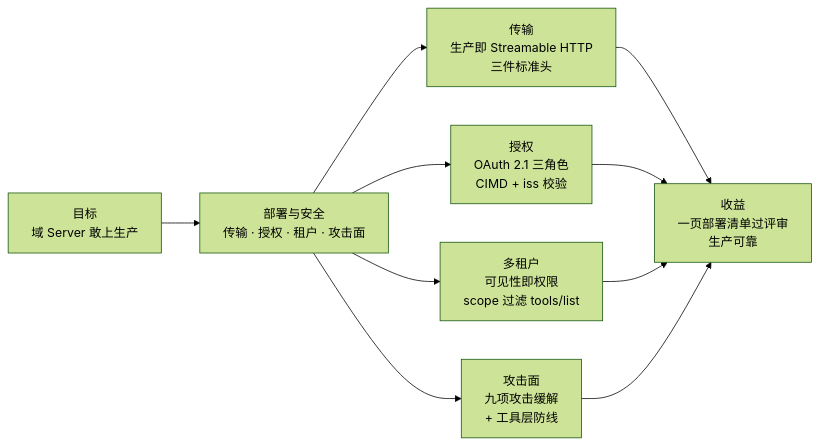
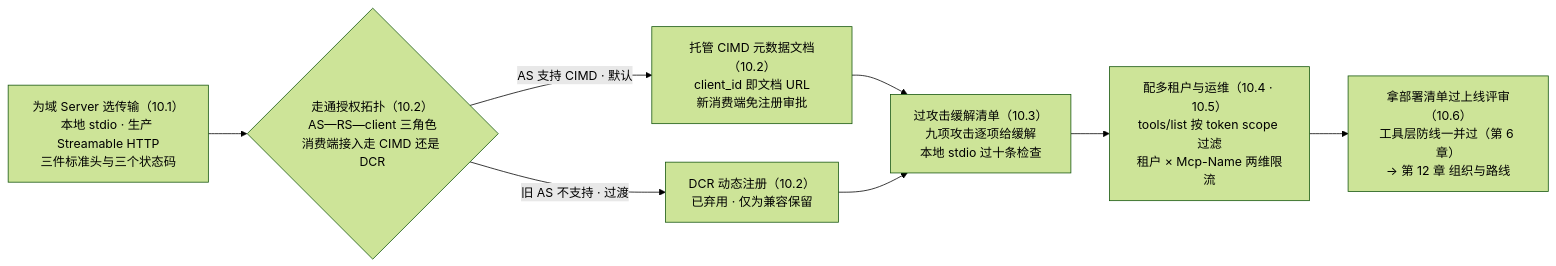
One commit to ybak/ai-tutorial changed the diagram in books/mcp/chapters/10-deploy-security.md. Above: the diagram before and after it, drawn with Mermaid (forest theme). The commit also changed other lines of this file and 8 other files, not shown here.

First line of the commit message:
docs(mcp): 章首图升级为操作流程图——写作指南双图式规范落地

````diff
--- a/books/mcp/chapters/10-deploy-security.md
+++ b/books/mcp/chapters/10-deploy-security.md
@@ -11,12 +11,10 @@
 ```mermaid
 flowchart LR
-    A["目标<br/>域 Server 敢上生产"] --> B["部署与安全<br/>传输 · 授权 · 租户 · 攻击面"]
-    B --> C["传输<br/>生产即 Streamable HTTP<br/>三件标准头"]
-    B --> D["授权<br/>OAuth 2.1 三角色<br/>CIMD + iss 校验"]
-    B --> E["多租户<br/>可见性即权限<br/>scope 过滤 tools/list"]
-    B --> F["攻击面<br/>九项攻击缓解<br/>+ 工具层防线"]
-    C --> G["收益<br/>一页部署清单过评审<br/>生产可靠"]
-    D --> G
-    E --> G
-    F --> G
+    A["为域 Server 选传输（10.1）<br/>本地 stdio · 生产 Streamable HTTP<br/>三件标准头与三个状态码"] --> B{"走通授权拓扑（10.2）<br/>AS—RS—client 三角色<br/>消费端接入走 CIMD 还是 DCR"}
+    B -->|"AS 支持 CIMD · 默认"| C["托管 CIMD 元数据文档（10.2）<br/>client_id 即文档 URL<br/>新消费端免注册审批"]
+    B -->|"旧 AS 不支持 · 过渡"| D["DCR 动态注册（10.2）<br/>已弃用 · 仅为兼容保留"]
+    C --> E["过攻击缓解清单（10.3）<br/>九项攻击逐项给缓解<br/>本地 stdio 过十条检查"]
+    D --> E
+    E --> F["配多租户与运维（10.4 · 10.5）<br/>tools/list 按 token scope 过滤<br/>租户 × Mcp-Name 两维限流"]
+    F --> G["拿部署清单过上线评审（10.6）<br/>工具层防线一并过（第 6 章）<br/>→ 第 12 章 组织与路线"]
 ```
````
